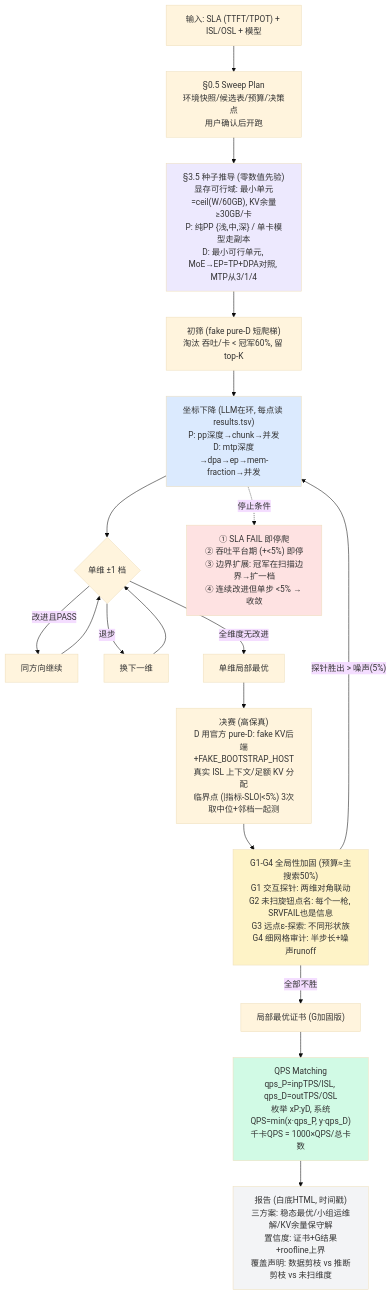
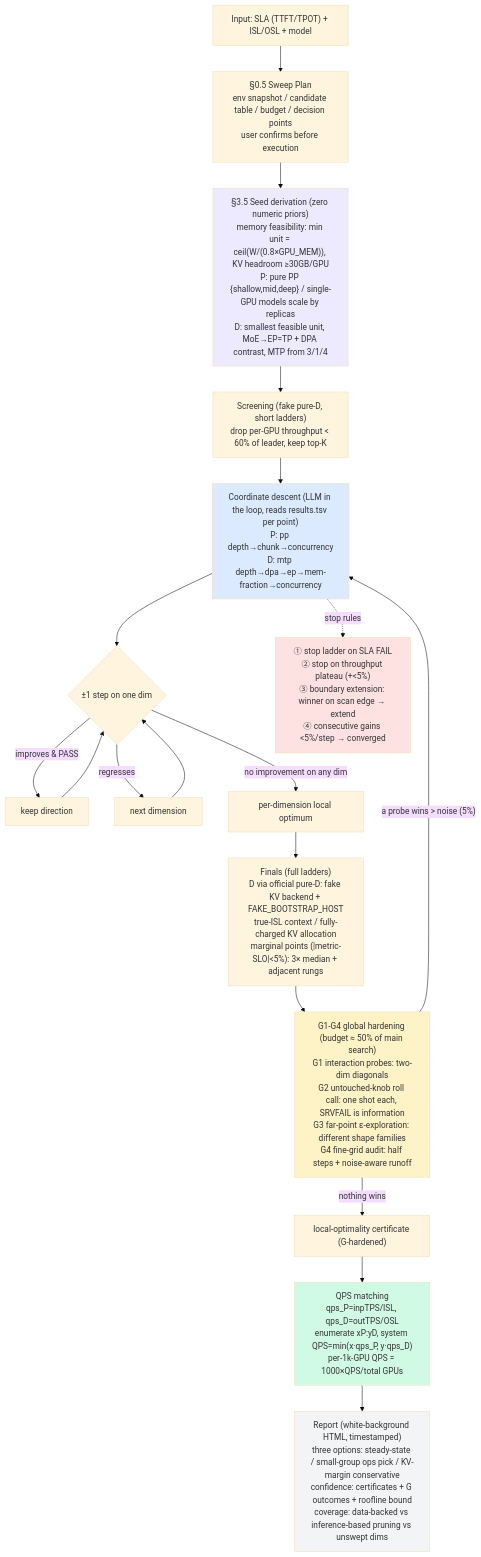
The first of 2 diagrams in PIPELINE.md (davilu-nvidia/pro5k_agentic_config_sweep), drawn with Mermaid (base theme) before and after one commit. The commit also changed other lines of this file and 3 other files, not shown here.

````diff
--- a/PIPELINE.md
+++ b/PIPELINE.md
@@ -5,32 +6,32 @@
 ```mermaid
 flowchart TB
-    A["输入: SLA (TTFT/TPOT) + ISL/OSL + 模型"] --> PLAN["§0.5 Sweep Plan<br/>环境快照/候选表/预算/决策点<br/>用户确认后开跑"]
-    PLAN --> SEED["§3.5 种子推导 (零数值先验)<br/>显存可行域: 最小单元=ceil(W/60GB), KV余量≥30GB/卡<br/>P: 纯PP {浅,中,深} / 单卡模型走副本<br/>D: 最小可行单元, MoE→EP=TP+DPA对照, MTP从3/1/4"]
+    A["Input: SLA (TTFT/TPOT) + ISL/OSL + model"] --> PLAN["§0.5 Sweep Plan<br/>env snapshot / candidate table / budget / decision points<br/>user confirms before execution"]
+    PLAN --> SEED["§3.5 Seed derivation (zero numeric priors)<br/>memory feasibility: min unit = ceil(W/(0.8×GPU_MEM)), KV headroom ≥30GB/GPU<br/>P: pure PP {shallow,mid,deep} / single-GPU models scale by replicas<br/>D: smallest feasible unit, MoE→EP=TP + DPA contrast, MTP from 3/1/4"]
 
-    SEED --> SCREEN["初筛 (fake pure-D 短爬梯)<br/>淘汰 吞吐/卡 < 冠军60%, 留 top-K"]
+    SEED --> SCREEN["Screening (fake pure-D, short ladders)<br/>drop per-GPU throughput < 60% of leader, keep top-K"]
 
-    SCREEN --> CD["坐标下降 (LLM在环, 每点读 results.tsv)<br/>P: pp深度→chunk→并发<br/>D: mtp深度→dpa→ep→mem-fraction→并发"]
-    CD --> CDRULE{"单维 ±1 档"}
-    CDRULE -->|"改进且PASS"| CD2["同方向继续"] --> CDRULE
-    CDRULE -->|"退步"| CD3["换下一维"] --> CDRULE
-    CDRULE -->|"全维度无改进"| LOCAL["单维局部最优"]
+    SCREEN --> CD["Coordinate descent (LLM in the loop, reads results.tsv per point)<br/>P: pp depth→chunk→concurrency<br/>D: mtp depth→dpa→ep→mem-fraction→concurrency"]
+    CD --> CDRULE{"±1 step on one dim"}
+    CDRULE -->|"improves & PASS"| CD2["keep direction"] --> CDRULE
+    CDRULE -->|"regresses"| CD3["next dimension"] --> CDRULE
+    CDRULE -->|"no improvement on any dim"| LOCAL["per-dimension local optimum"]
 
-    CD -.停止条件.-> STOPS["① SLA FAIL 即停爬<br/>② 吞吐平台期 (+<5%) 即停<br/>③ 边界扩展: 冠军在扫描边界→扩一档<br/>④ 连续改进但单步 <5% → 收敛"]
+    CD -.stop rules.-> STOPS["① stop ladder on SLA FAIL<br/>② stop on throughput plateau (+<5%)<br/>③ boundary extension: winner on scan edge → extend<br/>④ consecutive gains <5%/step → converged"]
 
-    LOCAL --> FINAL["决赛 (高保真)<br/>D 用官方 pure-D: fake KV后端+FAKE_BOOTSTRAP_HOST<br/>真实 ISL 上下文/足额 KV 分配<br/>临界点 (|指标-SLO|<5%) 3次取中位+邻档一起测"]
+    LOCAL --> FINAL["Finals (full ladders)<br/>D via official pure-D: fake KV backend + FAKE_BOOTSTRAP_HOST<br/>true-ISL context / fully-charged KV allocation<br/>marginal points (|metric-SLO|<5%): 3× median + adjacent rungs"]
 
-    FINAL --> G["G1-G4 全局性加固 (预算≈主搜索50%)<br/>G1 交互探针: 两维对角联动<br/>G2 未扫旋钮点名: 每个一枪, SRVFAIL也是信息<br/>G3 远点ε-探索: 不同形状族<br/>G4 细网格审计: 半步长+噪声runoff"]
-    G -->|"探针胜出 > 噪声(5%)"| CD
-    G -->|"全部不胜"| CERT["局部最优证书 (G加固版)"]
+    FINAL --> G["G1-G4 global hardening (budget ≈ 50% of main search)<br/>G1 interaction probes: two-dim diagonals<br/>G2 untouched-knob roll call: one shot each, SRVFAIL is information<br/>G3 far-point ε-exploration: different shape families<br/>G4 fine-grid audit: half steps + noise-aware runoff"]
+    G -->|"a probe wins > noise (5%)"| CD
+    G -->|"nothing wins"| CERT["local-optimality certificate (G-hardened)"]
 
-    CERT --> MATCH["QPS Matching<br/>qps_P=inpTPS/ISL, qps_D=outTPS/OSL<br/>枚举 xP:yD, 系统QPS=min(x·qps_P, y·qps_D)<br/>千卡QPS = 1000×QPS/总卡数"]
+    CERT --> MATCH["QPS matching<br/>qps_P=inpTPS/ISL, qps_D=outTPS/OSL<br/>enumerate xP:yD, system QPS=min(x·qps_P, y·qps_D)<br/>per-1k-GPU QPS = 1000×QPS/total GPUs"]
 
-    MATCH --> REPORT["报告 (白底HTML, 时间戳)<br/>三方案: 稳态最优/小组运维解/KV余量保守解<br/>置信度: 证书+G结果+roofline上界<br/>覆盖声明: 数据剪枝 vs 推断剪枝 vs 未扫维度"]
+    MATCH --> REPORT["Report (white-background HTML, timestamped)<br/>three options: steady-state / small-group ops pick / KV-margin conservative<br/>confidence: certificates + G outcomes + roofline bound<br/>coverage: data-backed vs inference-based pruning vs unswept dims"]
 
     style SEED fill:#ede9fe
     style CD fill:#dbeafe
     style G fill:#fef3c7
     style MATCH fill:#d1fae5
     style REPORT fill:#f3f4f6
     style STOPS fill:#fee2e2
 ```
````
